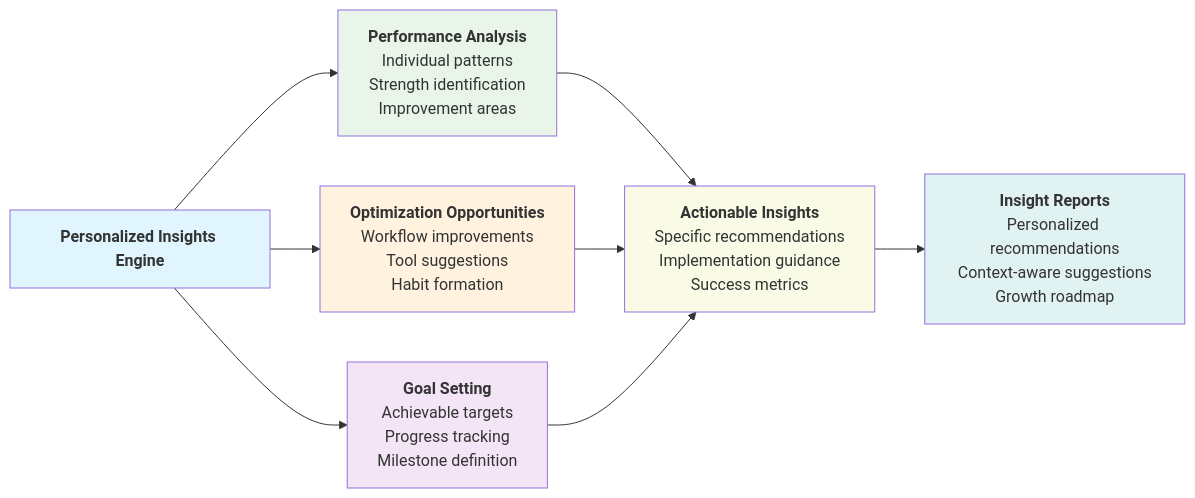
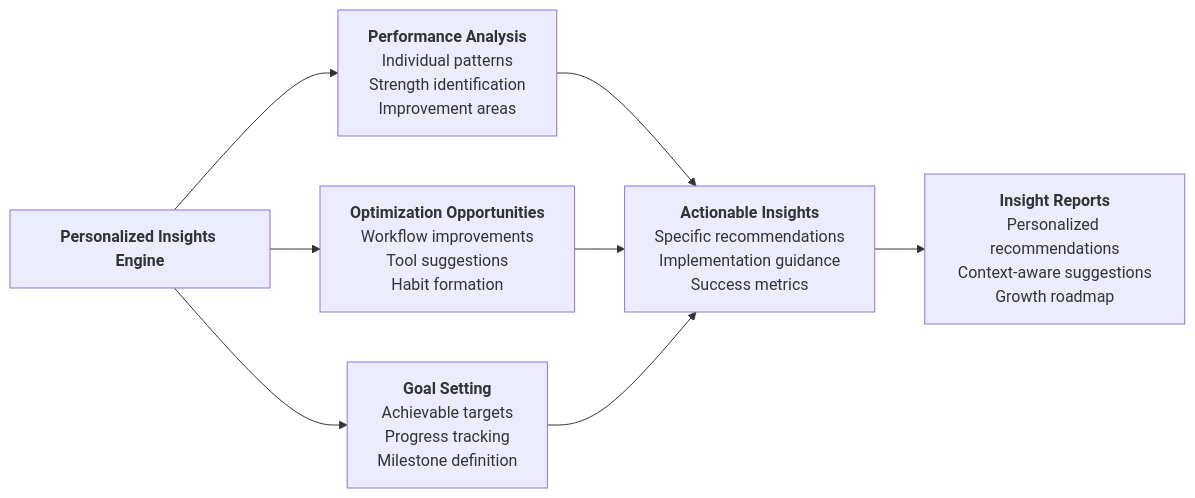
The seventh of 9 diagrams in docs/diagrams/mastro-analytics-flow.md (geogoesbeepboop/mastro), drawn with Mermaid before and after one commit. The commit also changed other lines of this file and 5 other files, not shown here.

First line of the commit message:
docs: update analytics and flow diagrams for clarity

````diff
--- a/docs/diagrams/mastro-analytics-flow.md
+++ b/docs/diagrams/mastro-analytics-flow.md
@@ -359,37 +371,39 @@
 ```mermaid
+
 flowchart LR
     PIE["`**Personalized Insights Engine**`"] --> PA["`**Performance Analysis**
     Individual patterns
     Strength identification
     Improvement areas`"]
     
     PIE --> OO["`**Optimization Opportunities**
     Workflow improvements
     Tool suggestions
     Habit formation`"]
     
     PIE --> GS["`**Goal Setting**
     Achievable targets
     Progress tracking
     Milestone definition`"]
     
     PA --> AI["`**Actionable Insights**
     Specific recommendations
     Implementation guidance
     Success metrics`"]
     
     OO --> AI
     GS --> AI
     
     AI --> IR["`**Insight Reports**
     Personalized recommendations
     Context-aware suggestions
     Growth roadmap`"]
 
-    style PIE fill:#e1f5fe
-    style PA fill:#e8f5e8
-    style OO fill:#fff3e0
-    style GS fill:#f3e5f5
-    style AI fill:#f9fbe7
-    style IR fill:#e0f2f1
+    style PIE fill:#e1f5fe color:#000000
+    style PA fill:#e8f5e8 color:#000000
+    style OO fill:#fff3e0 color:#000000
+    style GS fill:#f3e5f5 color:#000000
+    style AI fill:#f9fbe7 color:#000000
+    style IR fill:#e0f2f1 color:#000000
+
 ```
````
